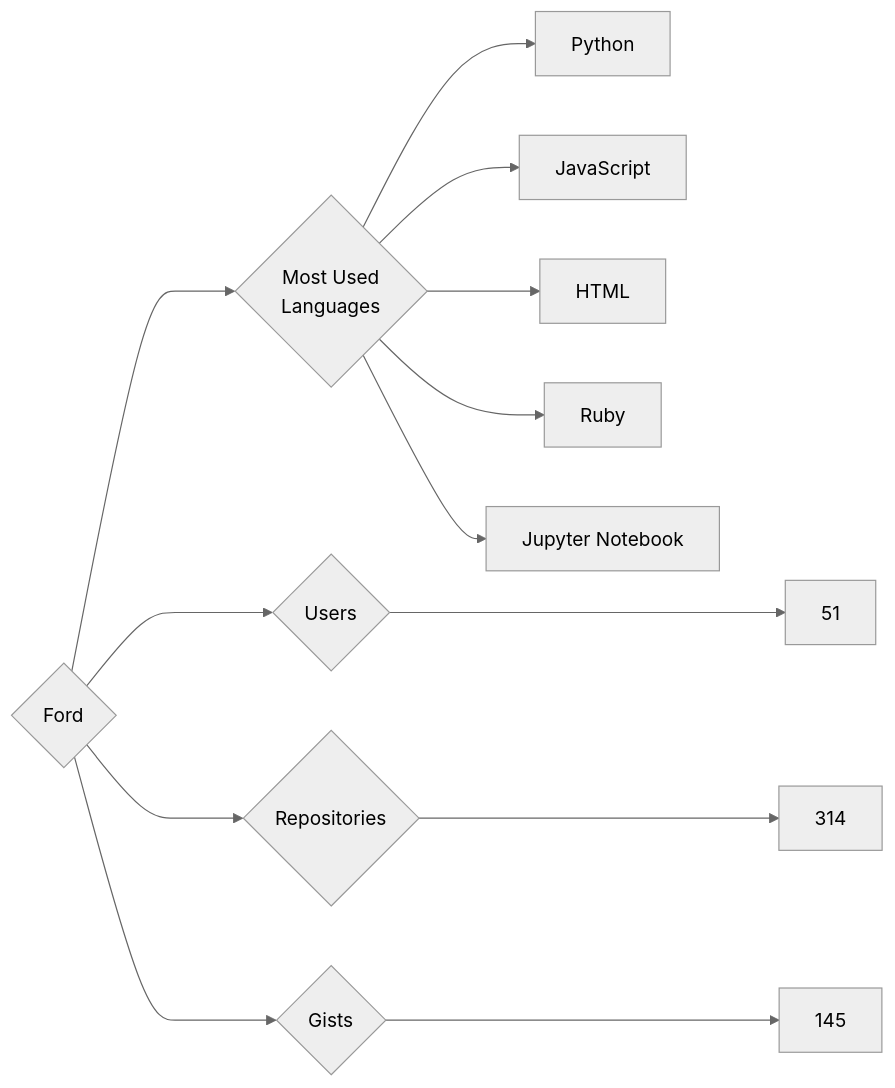
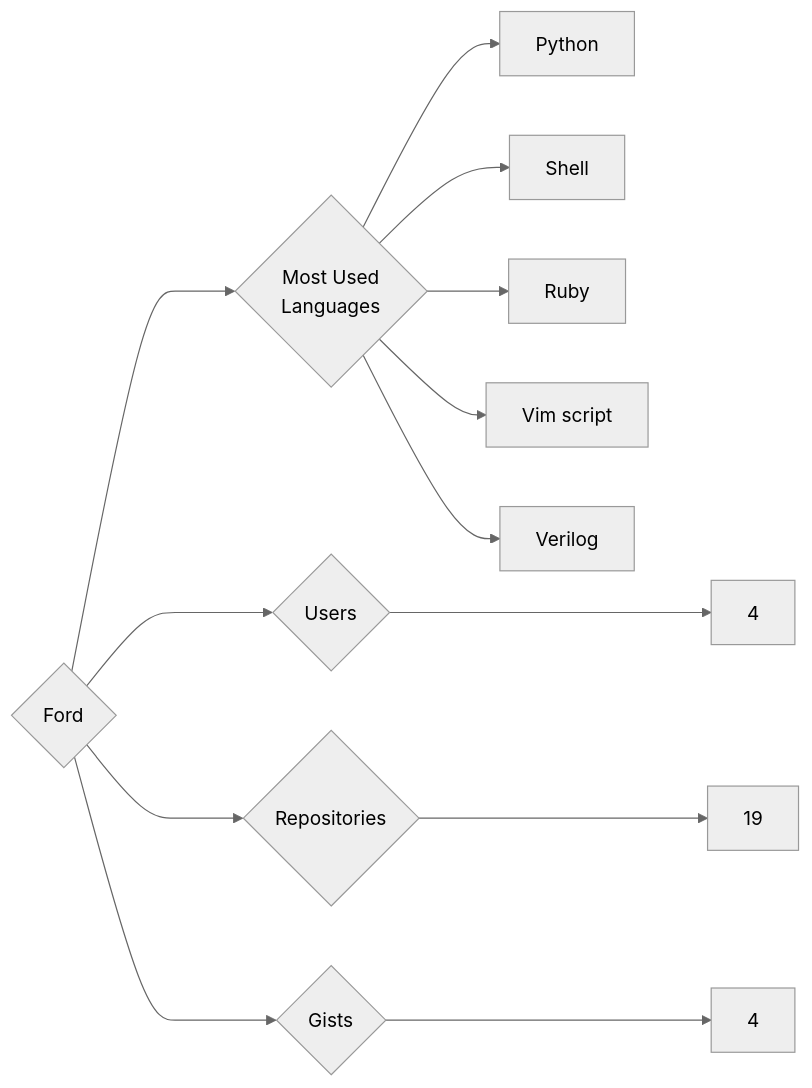
The diagram in targets/Ford/README.md (trickest/insiders), drawn with Mermaid (neutral theme) before and after one commit. The commit also changed 925 other files, not shown here.

````diff
--- a/targets/Ford/README.md
+++ b/targets/Ford/README.md
@@ -3,13 +3,13 @@
 ```mermaid
 graph LR
 COMPANY_NAME{Ford}
-COMPANY_NAME ---> U{Users} ---> UN[51]
-COMPANY_NAME ---> R{Repositories} ---> RN[314]
-COMPANY_NAME ---> G{Gists} ---> GN[145]
+COMPANY_NAME ---> U{Users} ---> UN[4]
+COMPANY_NAME ---> R{Repositories} ---> RN[19]
+COMPANY_NAME ---> G{Gists} ---> GN[4]
 COMPANY_NAME ---> ML{Most Used<br>Languages}
 ML --> Python[Python]
-ML --> JavaScript[JavaScript]
-ML --> HTML[HTML]
+ML --> Shell[Shell]
 ML --> Ruby[Ruby]
-ML --> Jupyter_Notebook[Jupyter Notebook]
+ML --> Vim_script[Vim script]
+ML --> Verilog[Verilog]
 ```
````
